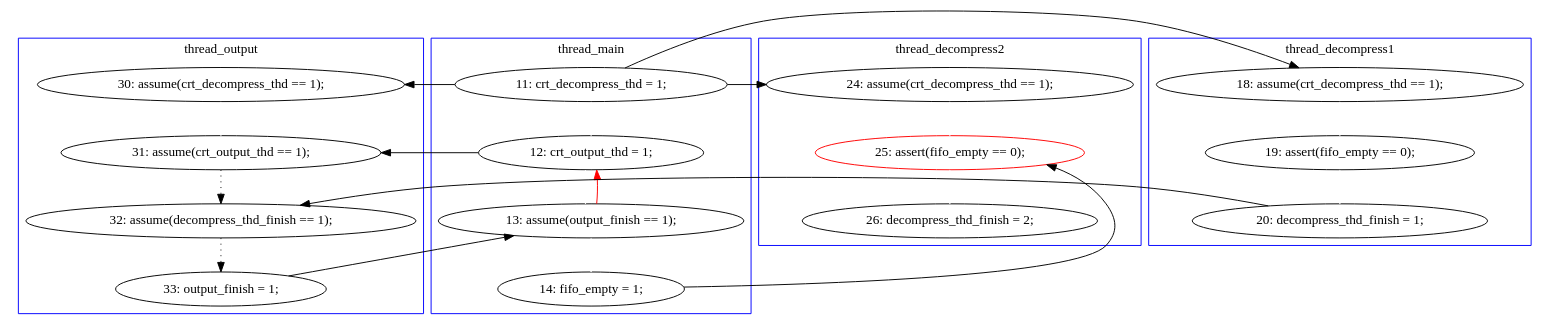
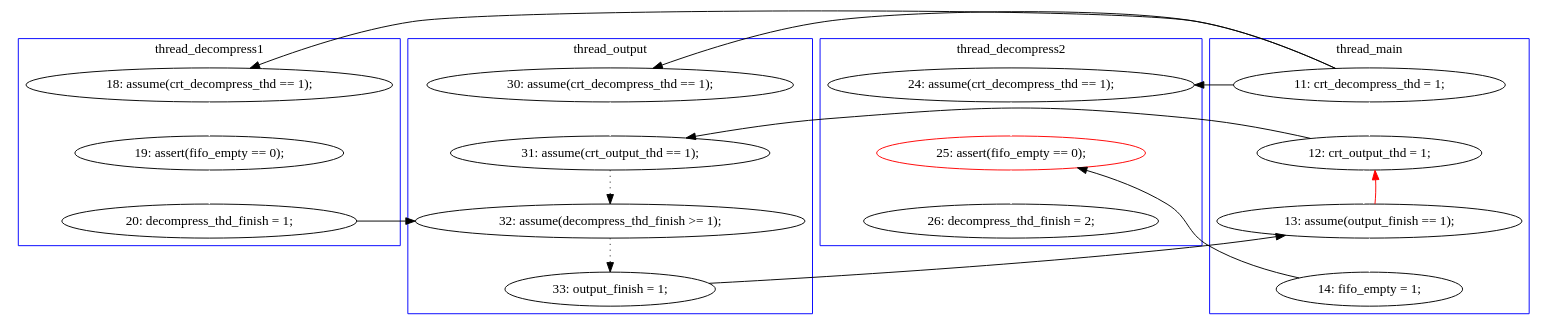
The diagram in pbzip2.mixed/B-1-graph-sol-3.dot (hylhp/cav14-model), drawn with Graphviz before and after one commit. The commit also changed 25 other files, not shown here.

```diff
--- a/pbzip2.mixed/B-1-graph-sol-3.dot
+++ b/pbzip2.mixed/B-1-graph-sol-3.dot
@@ -1,50 +1,50 @@
 digraph Counterexample {
-	25 -> 28 [color = white, style = solid]
-	20 -> 21 [color = black, style = solid, constraint = false]
-	11 -> 17 [color = white, style = solid]
-	12 -> 17 [color = black, style = solid, constraint = false]
-	9 -> 11 [color = black, style = solid, constraint = false]
-	16 -> 18 [color = white, style = solid]
-	14 -> 16 [color = white, style = solid]
-	19 -> 20 [color = black, style = dotted]
-	9 -> 12 [color = white, style = solid]
-	21 -> 22 [color = white, style = solid]
-	9 -> 14 [color = black, style = solid, constraint = false]
-	23 -> 25 [color = white, style = solid]
-	9 -> 23 [color = black, style = solid, constraint = false]
-	12 -> 21 [color = white, style = solid]
-	22 -> 25 [color = black, style = solid, constraint = false]
-	18 -> 19 [color = black, style = solid, constraint = false]
-	21 -> 12 [color = red, style = solid, constraint = false]
-	17 -> 19 [color = black, style = dotted]
+	12 -> 14 [color = white, style = solid]
+	23 -> 26 [color = black, style = solid, constraint = false]
+	20 -> 30 [color = white, style = solid]
+	11 -> 12 [color = black, style = solid, constraint = false]
+	13 -> 21 [color = black, style = solid, constraint = false]
+	22 -> 23 [color = black, style = dotted]
+	26 -> 28 [color = white, style = solid]
+	28 -> 30 [color = black, style = solid, constraint = false]
+	14 -> 15 [color = white, style = solid]
+	30 -> 32 [color = white, style = solid]
+	13 -> 26 [color = white, style = solid]
+	21 -> 22 [color = black, style = dotted]
+	11 -> 20 [color = black, style = solid, constraint = false]
+	15 -> 22 [color = black, style = solid, constraint = false]
+	18 -> 21 [color = white, style = solid]
+	11 -> 13 [color = white, style = solid]
+	11 -> 18 [color = black, style = solid, constraint = false]
+	26 -> 13 [color = red, style = solid, constraint = false]
 	subgraph cluster2 {
 		label = thread_decompress1
 		color = blue
-		18  [label = "20: decompress_thd_finish = 1;"]
-		14  [label = "18: assume(crt_decompress_thd == 1);"]
-		16  [label = "19: assert(fifo_empty == 0);"]
+		12  [label = "18: assume(crt_decompress_thd == 1);"]
+		14  [label = "19: assert(fifo_empty == 0);"]
+		15  [label = "20: decompress_thd_finish = 1;"]
+	}
+	subgraph cluster4 {
+		label = thread_output
+		color = blue
+		23  [label = "33: output_finish = 1;"]
+		22  [label = "32: assume(decompress_thd_finish >= 1);"]
+		18  [label = "30: assume(crt_decompress_thd == 1);"]
+		21  [label = "31: assume(crt_output_thd == 1);"]
 	}
 	subgraph cluster3 {
 		label = thread_decompress2
 		color = blue
-		23  [label = "24: assume(crt_decompress_thd == 1);"]
-		25  [label = "25: assert(fifo_empty == 0);", color = red]
-		28  [label = "26: decompress_thd_finish = 2;"]
-	}
-	subgraph cluster4 {
-		label = thread_output
-		color = blue
-		19  [label = "32: assume(decompress_thd_finish == 1);"]
-		17  [label = "31: assume(crt_output_thd == 1);"]
-		11  [label = "30: assume(crt_decompress_thd == 1);"]
-		20  [label = "33: output_finish = 1;"]
+		20  [label = "24: assume(crt_decompress_thd == 1);"]
+		30  [label = "25: assert(fifo_empty == 0);", color = red]
+		32  [label = "26: decompress_thd_finish = 2;"]
 	}
 	subgraph cluster1 {
 		label = thread_main
 		color = blue
-		21  [label = "13: assume(output_finish == 1);"]
-		22  [label = "14: fifo_empty = 1;"]
-		9  [label = "11: crt_decompress_thd = 1;"]
-		12  [label = "12: crt_output_thd = 1;"]
+		11  [label = "11: crt_decompress_thd = 1;"]
+		13  [label = "12: crt_output_thd = 1;"]
+		26  [label = "13: assume(output_finish == 1);"]
+		28  [label = "14: fifo_empty = 1;"]
 	}
 }
```
